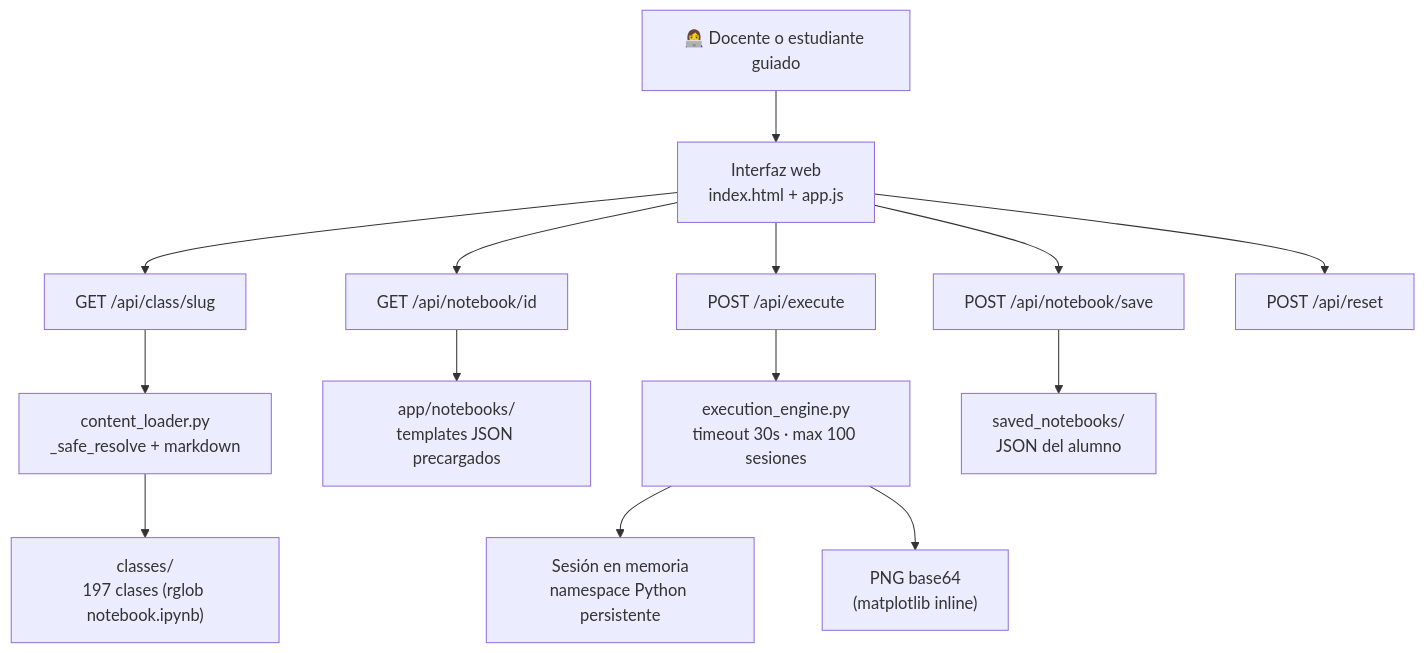
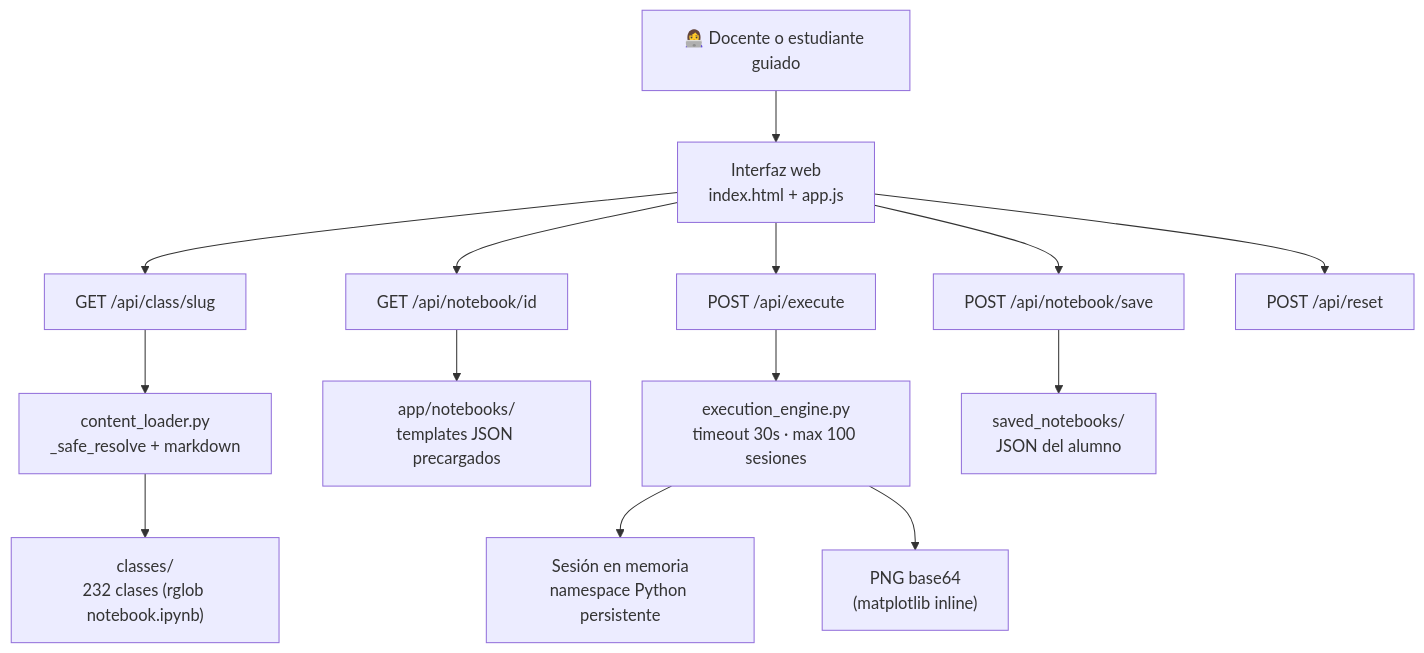
The second of 4 diagrams in docs/ARQUITECTURA_PRODUCTO.md (vladimiracunadev-create/python-data-science-bootcamp), drawn with Mermaid before and after one commit. The commit also changed other lines of this file and 961 other files, not shown here.

````diff
--- a/docs/ARQUITECTURA_PRODUCTO.md
+++ b/docs/ARQUITECTURA_PRODUCTO.md
@@ -54,17 +54,17 @@
 ```mermaid
 graph TD
     USER["👩‍💻 Docente o estudiante guiado"] --> UI["Interfaz web\nindex.html + app.js"]
     UI --> CLASSAPI["GET /api/class/slug"]
     UI --> NBAPI["GET /api/notebook/id"]
     UI --> EXECAPI["POST /api/execute"]
     UI --> SAVEAPI["POST /api/notebook/save"]
     UI --> RESETAPI["POST /api/reset"]
 
     CLASSAPI --> LOADER["content_loader.py\n_safe_resolve + markdown"]
-    LOADER --> CLASSES["classes/\n197 clases (rglob notebook.ipynb)"]
+    LOADER --> CLASSES["classes/\n232 clases (rglob notebook.ipynb)"]
     NBAPI --> TEMPLATES["app/notebooks/\ntemplates JSON precargados"]
     EXECAPI --> ENGINE["execution_engine.py\ntimeout 30s · max 100 sesiones"]
     ENGINE --> SESSION["Sesión en memoria\nnamespace Python persistente"]
     ENGINE --> FIGS["PNG base64\n(matplotlib inline)"]
     SAVEAPI --> SAVED["saved_notebooks/\nJSON del alumno"]
 ```
````
